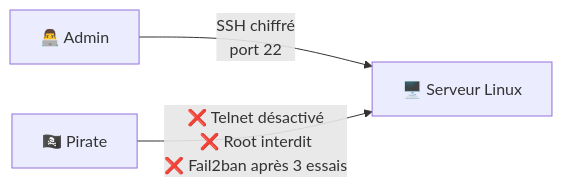
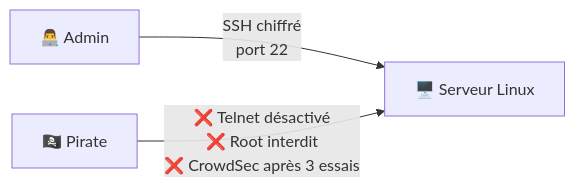
The tenth of 12 diagrams in gamma-rp05-complet.md (Vinceadr/RP-05-Audit-Securite), drawn with Mermaid before and after one commit. The commit also changed other lines of this file and 4 other files, not shown here.

First line of the commit message:
Remplacement pfSense/Snort/Fail2ban -> nftables/Suricata/CrowdSec dans tous les docs

````diff
--- a/gamma-rp05-complet.md
+++ b/gamma-rp05-complet.md
@@ -349,5 +349,5 @@
 ```mermaid
 flowchart LR
     ADMIN["👨‍💻 Admin"] -->|"SSH chiffré\nport 22"| SERVEUR["🖥️ Serveur Linux"]
-    PIRATE["🏴‍☠️ Pirate"] -->|"❌ Telnet désactivé\n❌ Root interdit\n❌ Fail2ban après 3 essais"| SERVEUR
+    PIRATE["🏴‍☠️ Pirate"] -->|"❌ Telnet désactivé\n❌ Root interdit\n❌ CrowdSec après 3 essais"| SERVEUR
 ```
````
